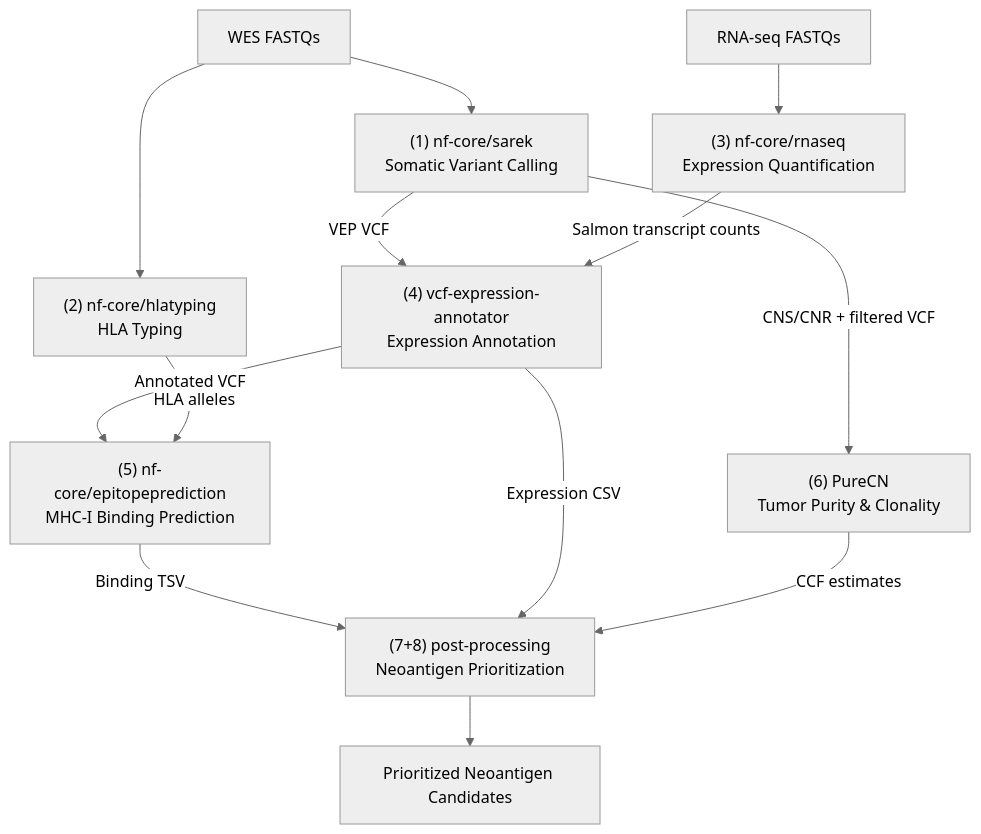
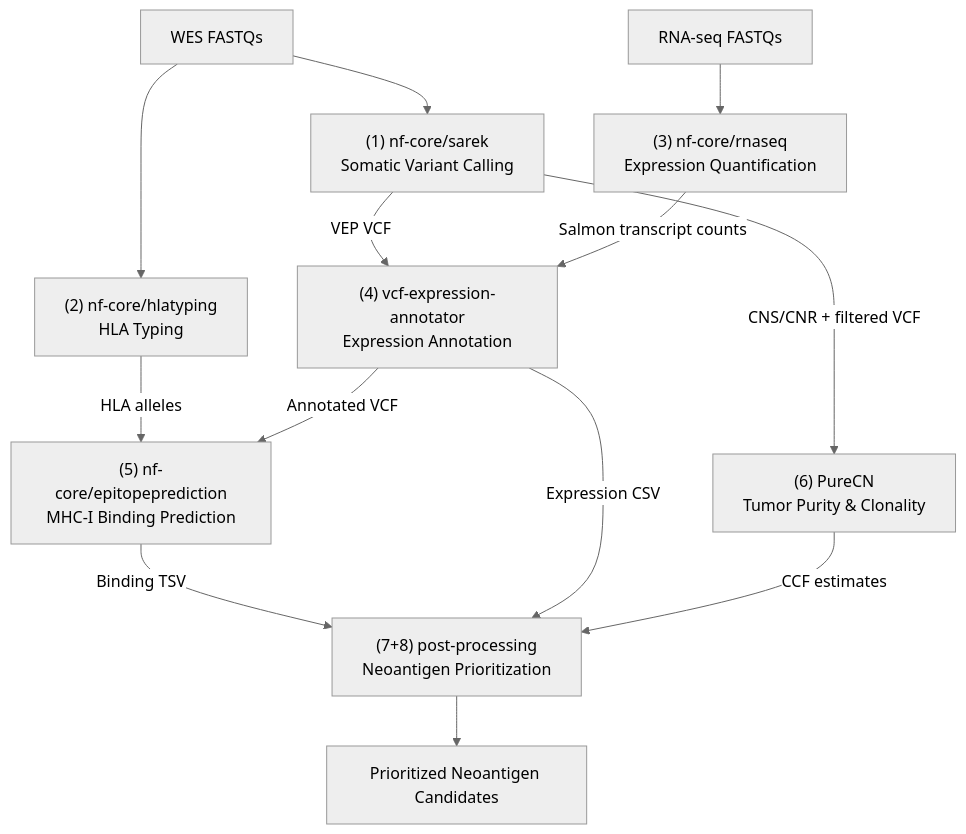
The diagram in blog_post_draft.md (tylergross97/neoantigen-prefect), drawn with Mermaid (neutral theme) before and after one commit.

Commit message:
Fixed mermaid diagram

````diff
--- a/blog_post_draft.md
+++ b/blog_post_draft.md
@@ -21,19 +21,20 @@
 ```mermaid
 flowchart TD
     A[WES FASTQs] --> S1["(1) nf-core/sarek\nSomatic Variant Calling"]
-    A --> S2["(2) nf-core/hlatyping\nHLA Typing"]
     B[RNA-seq FASTQs] --> S3["(3) nf-core/rnaseq\nExpression Quantification"]
 
     S1 -->|VEP VCF| S4["(4) vcf-expression-annotator\nExpression Annotation"]
     S1 -->|CNS/CNR + filtered VCF| S6["(6) PureCN\nTumor Purity & Clonality"]
     S3 -->|Salmon transcript counts| S4
 
-    S4 -->|Annotated VCF| S5["(5) nf-core/epitopeprediction\nMHC-I Binding Prediction"]
-    S2 -->|HLA alleles| S5
+    A --> S2["(2) nf-core/hlatyping\nHLA Typing"]
+
+    S2 -->|HLA alleles| S5["(5) nf-core/epitopeprediction\nMHC-I Binding Prediction"]
+    S4 -->|Annotated VCF| S5
 
     S5 -->|Binding TSV| PP["(7+8) post-processing\nNeoantigen Prioritization"]
     S4 -->|Expression CSV| PP
     S6 -->|CCF estimates| PP
 
     PP --> OUT[Prioritized Neoantigen Candidates]
 ```
````
